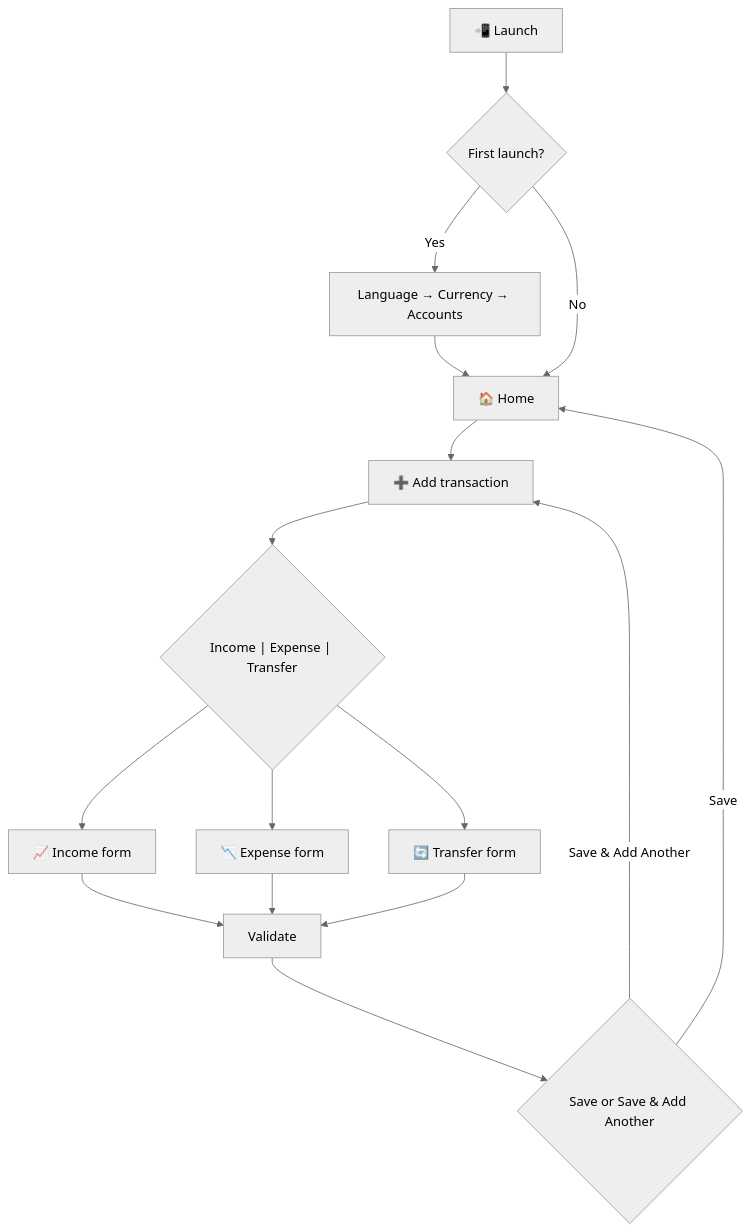
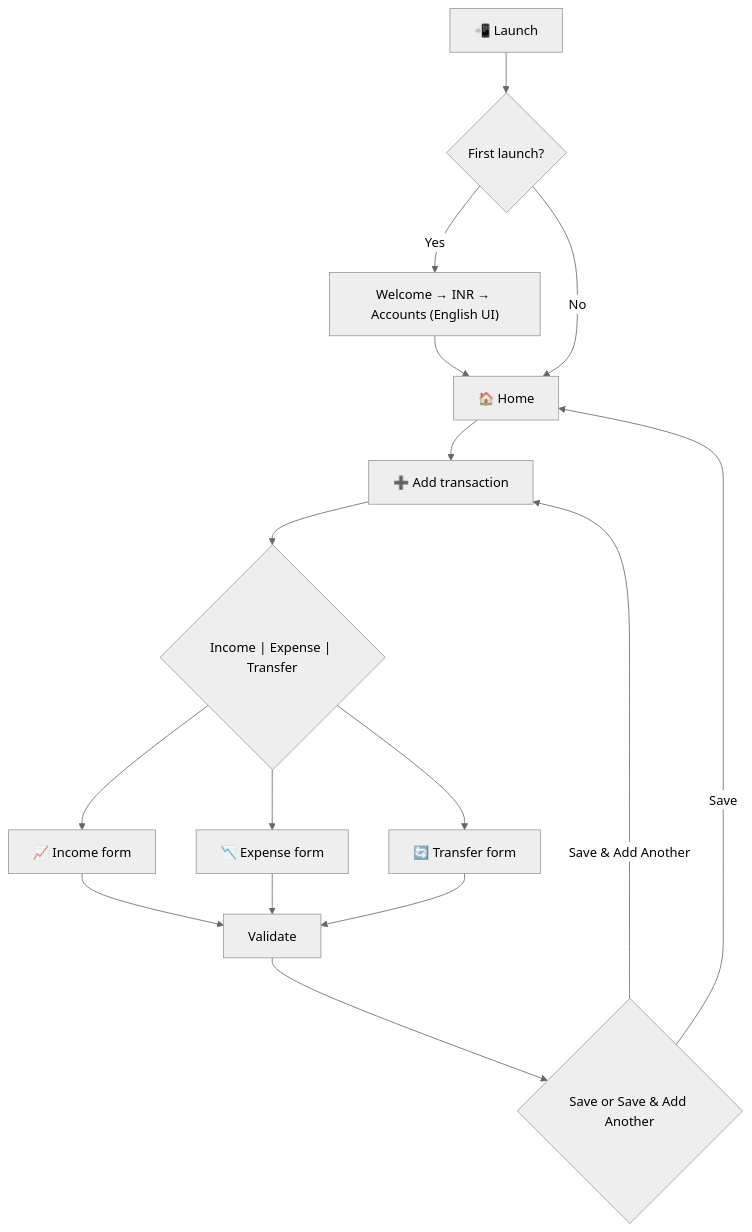
The first of 4 diagrams in docs/02-USER-FLOWS.md (im-tnyx/Tio-Money), drawn with Mermaid (neutral theme) before and after one commit. The commit also changed other lines of this file and 7 other files, not shown here.

````diff
--- a/docs/02-USER-FLOWS.md
+++ b/docs/02-USER-FLOWS.md
@@ -23,18 +25,18 @@
 ```mermaid
 flowchart TD
   ENTRY["📲 Launch"] --> FIRST{"First launch?"}
-  FIRST -->|Yes| SETUP["Language → Currency → Accounts"]
+  FIRST -->|Yes| SETUP["Welcome → INR → Accounts (English UI)"]
   FIRST -->|No| HOME["🏠 Home"]
   SETUP --> HOME
   HOME --> ADD["➕ Add transaction"]
   ADD --> TABS{"Income | Expense | Transfer"}
   TABS --> INC["📈 Income form"]
   TABS --> EXP["📉 Expense form"]
   TABS --> TRA["🔄 Transfer form"]
   INC --> VALID["Validate"]
   EXP --> VALID
   TRA --> VALID
   VALID --> SAVE{"Save or Save & Add Another"}
   SAVE -->|Save| HOME
   SAVE -->|Save & Add Another| ADD
 ```
````
